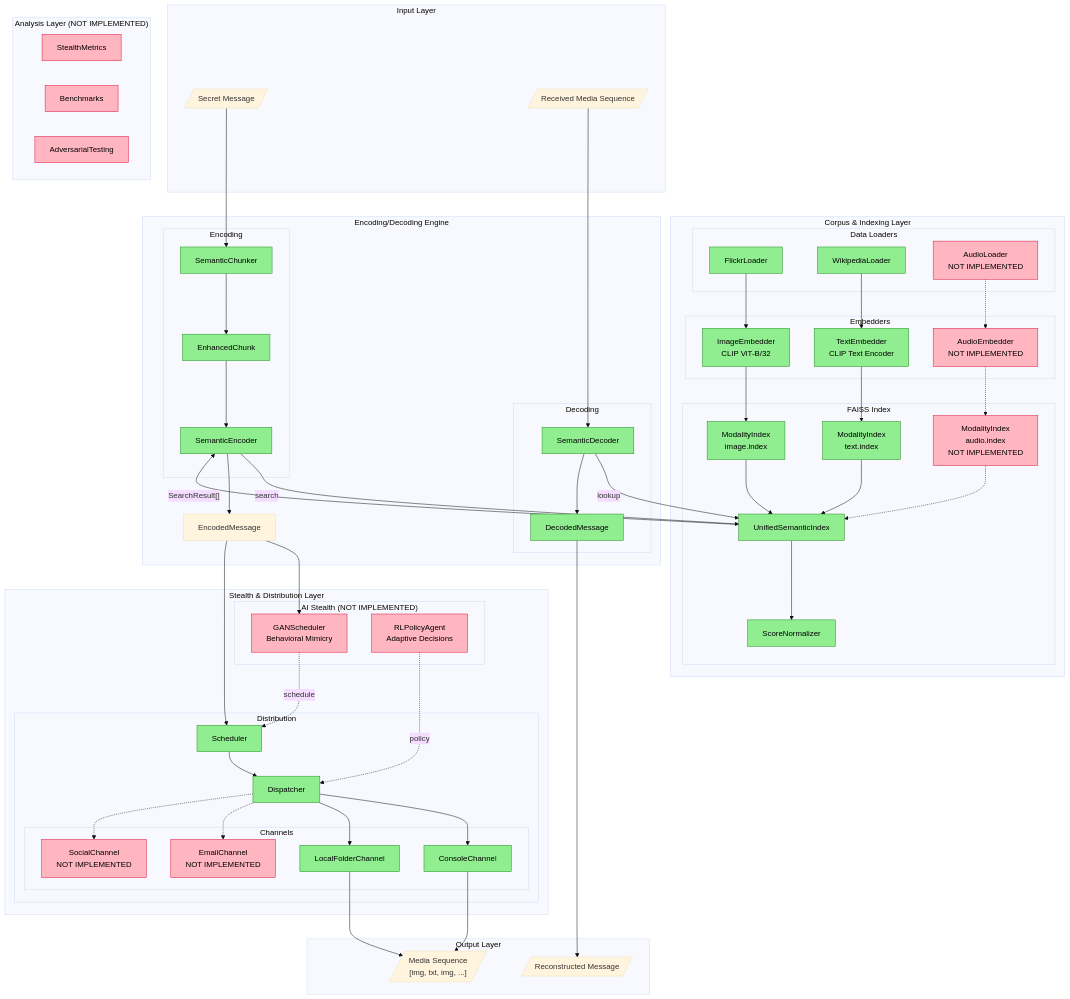
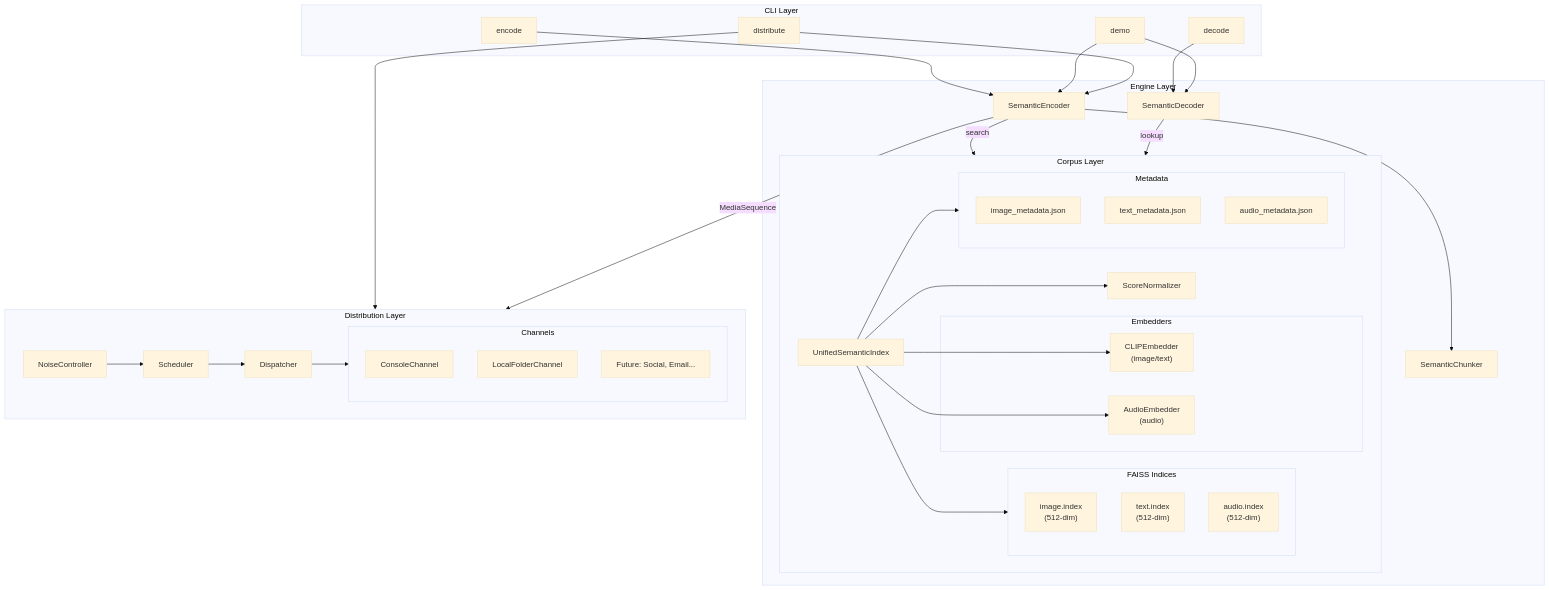
Before and after one commit to jeevan4476/DCASS: the first of 2 diagrams in docs/diagrams/architecture.md, drawn with Mermaid (base theme). The commit also changed other lines of this file and 23 other files, not shown here.

````diff
--- a/docs/diagrams/architecture.md
+++ b/docs/diagrams/architecture.md
@@ -5,116 +5,72 @@
 ```mermaid
 flowchart TB
-    subgraph Input["Input Layer"]
-        MSG[/"Secret Message"/]
-        MEDIA[/"Received Media Sequence"/]
+    subgraph CLI["CLI Layer"]
+        CLI_ENCODE["encode <message>"]
+        CLI_DECODE["decode <ids>"]
+        CLI_DIST["distribute <message>"]
+        CLI_DEMO["demo <message>"]
     end
 
-    subgraph Corpus["Corpus & Indexing Layer"]
-        subgraph Loaders["Data Loaders"]
-            FL[FlickrLoader]
-            WL[WikipediaLoader]
-            AL[AudioLoader<br/>NOT IMPLEMENTED]
+    subgraph ENGINE["Engine Layer"]
+        ENCODER["SemanticEncoder"]
+        DECODER["SemanticDecoder"]
+        CHUNKER["SemanticChunker"]
+        
+        ENCODER --> CHUNKER
+        ENCODER --> |"search"| CORPUS
+        DECODER --> |"lookup"| CORPUS
+    end
+
+    subgraph CORPUS["Corpus Layer"]
+        UNIFIED["UnifiedSemanticIndex"]
+        NORMALIZER["ScoreNormalizer"]
+        
+        subgraph EMBEDDERS["Embedders"]
+            CLIP["CLIPEmbedder<br/>(image/text)"]
+            CLAP["AudioEmbedder<br/>(audio)"]
         end
         
-        subgraph Embedders["Embedders"]
-            IE[ImageEmbedder<br/>CLIP ViT-B/32]
-            TE[TextEmbedder<br/>CLIP Text Encoder]
-            AE[AudioEmbedder<br/>NOT IMPLEMENTED]
+        subgraph INDICES["FAISS Indices"]
+            IMG_IDX["image.index<br/>(512-dim)"]
+            TXT_IDX["text.index<br/>(512-dim)"]
+            AUD_IDX["audio.index<br/>(512-dim)"]
         end
         
-        subgraph Index["FAISS Index"]
-            UI[UnifiedSemanticIndex]
-            MI_IMG[ModalityIndex<br/>image.index]
-            MI_TXT[ModalityIndex<br/>text.index]
-            MI_AUD[ModalityIndex<br/>audio.index<br/>NOT IMPLEMENTED]
-            SN[ScoreNormalizer]
+        subgraph METADATA["Metadata"]
+            IMG_META["image_metadata.json"]
+            TXT_META["text_metadata.json"]
+            AUD_META["audio_metadata.json"]
         end
         
-        FL --> IE
-        WL --> TE
-        AL -.-> AE
-        IE --> MI_IMG
-        TE --> MI_TXT
-        AE -.-> MI_AUD
-        MI_IMG --> UI
-        MI_TXT --> UI
-        MI_AUD -.-> UI
-        UI --> SN
+        UNIFIED --> NORMALIZER
+        UNIFIED --> CLIP
+        UNIFIED --> CLAP
+        UNIFIED --> INDICES
+        UNIFIED --> METADATA
     end
 
-    subgraph Engine["Encoding/Decoding Engine"]
-        subgraph Encoding["Encoding"]
-            SC[SemanticChunker]
-            SE[SemanticEncoder]
-            EC[EnhancedChunk]
+    subgraph DISTRIBUTION["Distribution Layer"]
+        DISPATCHER["Dispatcher"]
+        SCHEDULER["Scheduler"]
+        NOISE["NoiseController"]
+        
+        subgraph CHANNELS["Channels"]
+            CONSOLE["ConsoleChannel"]
+            FOLDER["LocalFolderChannel"]
+            FUTURE["Future: Social, Email..."]
         end
         
-        subgraph Decoding["Decoding"]
-            SD[SemanticDecoder]
-            DM[DecodedMessage]
-        end
-        
-        MSG --> SC
-        SC --> EC
-        EC --> SE
-        SE --> |"search"| UI
-        UI --> |"SearchResult[]"| SE
-        SE --> EM[EncodedMessage]
-        
-        MEDIA --> SD
-        SD --> |"lookup"| UI
-        SD --> DM
+        NOISE --> SCHEDULER
+        SCHEDULER --> DISPATCHER
+        DISPATCHER --> CHANNELS
     end
 
-    subgraph Stealth["Stealth & Distribution Layer"]
-        subgraph StealthAI["AI Stealth (NOT IMPLEMENTED)"]
-            GAN[GANScheduler<br/>Behavioral Mimicry]
-            RL[RLPolicyAgent<br/>Adaptive Decisions]
-        end
-        
-        subgraph Distribution["Distribution"]
-            SCHED[Scheduler]
-            DISP[Dispatcher]
-            
-            subgraph Channels["Channels"]
-                CC[ConsoleChannel]
-                LFC[LocalFolderChannel]
-                EC2[EmailChannel<br/>NOT IMPLEMENTED]
-                SC2[SocialChannel<br/>NOT IMPLEMENTED]
-            end
-        end
-        
-        EM --> GAN
-        GAN -.-> |"schedule"| SCHED
-        EM --> SCHED
-        RL -.-> |"policy"| DISP
-        SCHED --> DISP
-        DISP --> CC
-        DISP --> LFC
-        DISP -.-> EC2
-        DISP -.-> SC2
-    end
-
-    subgraph Analysis["Analysis Layer (NOT IMPLEMENTED)"]
-        METRICS[StealthMetrics]
-        BENCH[Benchmarks]
-        ADV[AdversarialTesting]
-    end
-
-    subgraph Output["Output Layer"]
-        OUT_SEQ[/"Media Sequence<br/>[img, txt, img, ...]"/]
-        OUT_MSG[/"Reconstructed Message"/]
-    end
-
-    CC --> OUT_SEQ
-    LFC --> OUT_SEQ
-    DM --> OUT_MSG
-
-    %% Styling
-    classDef implemented fill:#90EE90,stroke:#228B22,color:#000
-    classDef notImplemented fill:#FFB6C1,stroke:#DC143C,color:#000
-    classDef partial fill:#FFE4B5,stroke:#FF8C00,color:#000
+    CLI_ENCODE --> ENCODER
+    CLI_DECODE --> DECODER
+    CLI_DEMO --> ENCODER
+    CLI_DEMO --> DECODER
+    CLI_DIST --> ENCODER
+    CLI_DIST --> DISTRIBUTION
     
-    class FL,WL,IE,TE,UI,MI_IMG,MI_TXT,SN,SC,SE,EC,SD,DM,SCHED,DISP,CC,LFC implemented
-    class AL,AE,MI_AUD,GAN,RL,EC2,SC2,METRICS,BENCH,ADV notImplemented
+    ENCODER --> |"MediaSequence"| DISTRIBUTION
 ```
````
